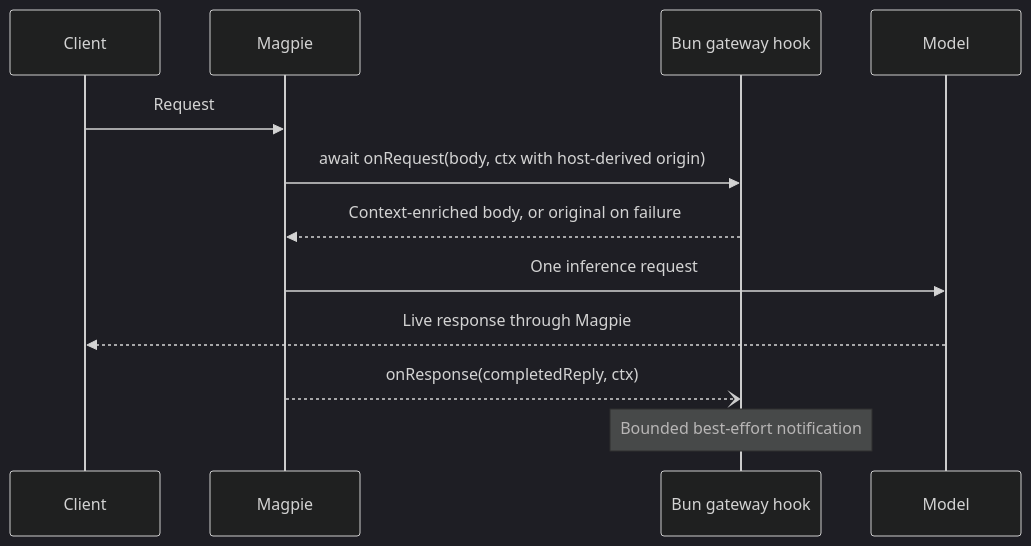
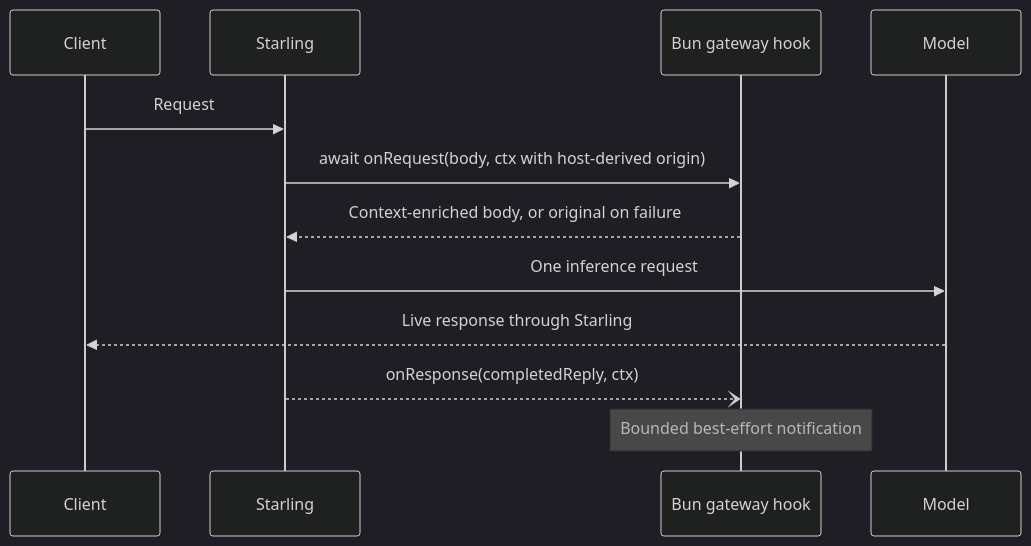
The diagram in docs/subsystems/gateway-request-hooks.md (lulu58588/chongyun), drawn with Mermaid (dark theme) before and after one commit. The commit also changed other lines of this file and 3718 other files, not shown here.

````diff
--- a/docs/subsystems/gateway-request-hooks.md
+++ b/docs/subsystems/gateway-request-hooks.md
@@ -5,14 +5,14 @@
 ```mermaid
 sequenceDiagram
     participant Client
-    participant Magpie
+    participant Starling
     participant Hook as Bun gateway hook
     participant Model
-    Client->>Magpie: Request
-    Magpie->>Hook: await onRequest(body, ctx with host-derived origin)
-    Hook-->>Magpie: Context-enriched body, or original on failure
-    Magpie->>Model: One inference request
-    Model-->>Client: Live response through Magpie
-    Magpie--)Hook: onResponse(completedReply, ctx)
+    Client->>Starling: Request
+    Starling->>Hook: await onRequest(body, ctx with host-derived origin)
+    Hook-->>Starling: Context-enriched body, or original on failure
+    Starling->>Model: One inference request
+    Model-->>Client: Live response through Starling
+    Starling--)Hook: onResponse(completedReply, ctx)
     Note over Hook: Bounded best-effort notification
 ```
````
